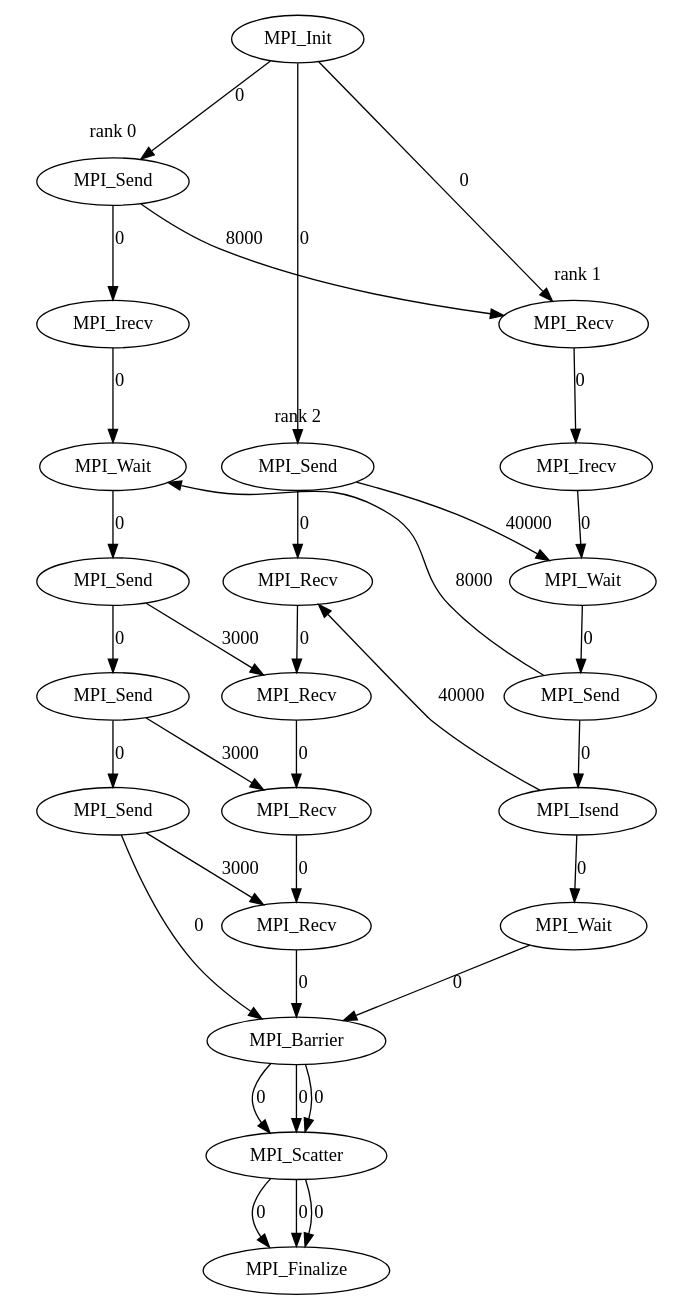
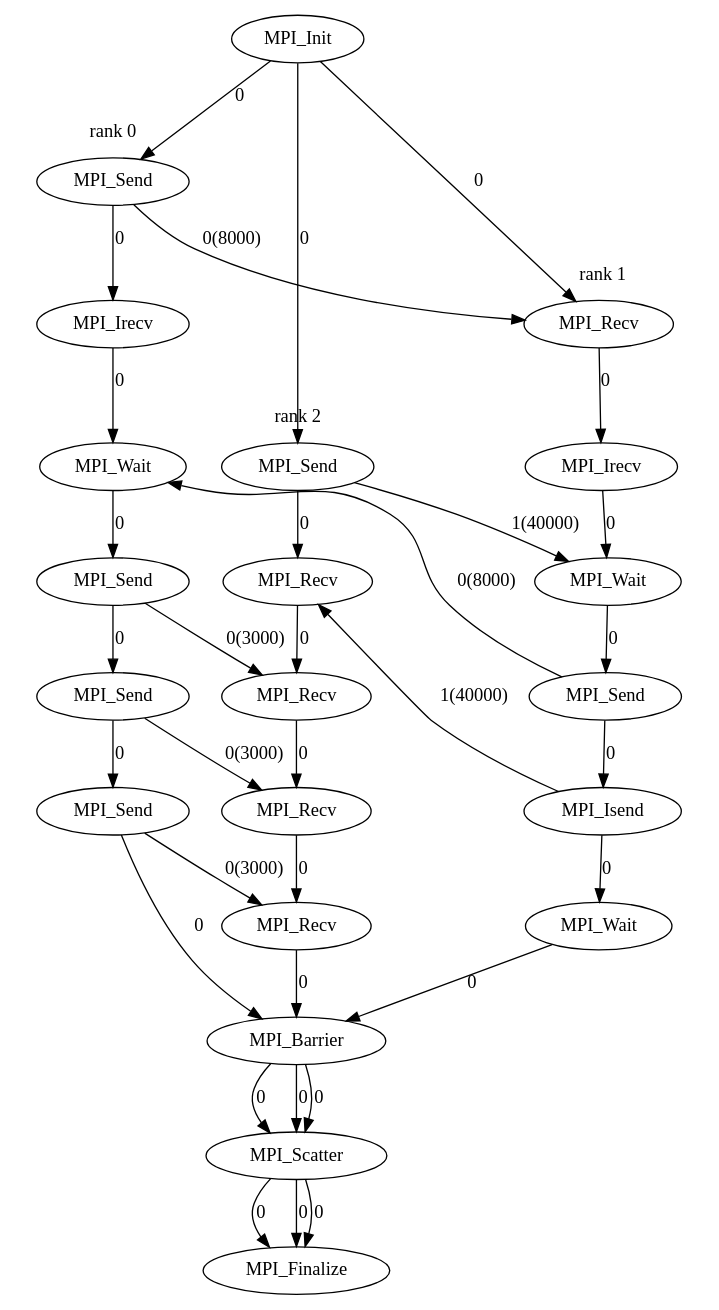
The diagram in profiler/graph.dot (imsure/mpi-profiler), drawn with Graphviz before and after one commit. The commit also changed 4 other files, not shown here.

```diff
--- a/profiler/graph.dot
+++ b/profiler/graph.dot
@@ -1,71 +1,71 @@
 digraph {
 	MPI_Init [label="MPI_Init"];
 	MPI_Send_0_0 [label="MPI_Send"];
 	MPI_Irecv_0_1 [label="MPI_Irecv"];
 	MPI_Wait_0_2 [label="MPI_Wait"];
 	MPI_Send_0_3 [label="MPI_Send"];
 	MPI_Send_0_4 [label="MPI_Send"];
 	MPI_Send_0_5 [label="MPI_Send"];
 	MPI_Barrier_0 [label="MPI_Barrier"];
 	MPI_Scatter_1 [label="MPI_Scatter"];
 	MPI_Finalize [label="MPI_Finalize"];
 	MPI_Recv_1_0 [label="MPI_Recv"];
 	MPI_Irecv_1_1 [label="MPI_Irecv"];
 	MPI_Wait_1_2 [label="MPI_Wait"];
 	MPI_Send_1_3 [label="MPI_Send"];
 	MPI_Isend_1_4 [label="MPI_Isend"];
 	MPI_Wait_1_5 [label="MPI_Wait"];
 	MPI_Send_2_0 [label="MPI_Send"];
 	MPI_Recv_2_1 [label="MPI_Recv"];
 	MPI_Recv_2_2 [label="MPI_Recv"];
 	MPI_Recv_2_3 [label="MPI_Recv"];
 	MPI_Recv_2_4 [label="MPI_Recv"];
 
 	subgraph cluster_0 {
 		label = "rank 0"
 		color = white
 		MPI_Send_0_0 -> MPI_Irecv_0_1 [label=0];
 		MPI_Irecv_0_1 -> MPI_Wait_0_2 [label=0];
 		MPI_Wait_0_2 -> MPI_Send_0_3 [label=0];
 		MPI_Send_0_3 -> MPI_Send_0_4 [label=0];
 		MPI_Send_0_4 -> MPI_Send_0_5 [label=0];
 	}
 	subgraph cluster_1 {
 		label = "rank 1"
 		color = white
 		MPI_Recv_1_0 -> MPI_Irecv_1_1 [label=0];
 		MPI_Irecv_1_1 -> MPI_Wait_1_2 [label=0];
 		MPI_Wait_1_2 -> MPI_Send_1_3 [label=0];
 		MPI_Send_1_3 -> MPI_Isend_1_4 [label=0];
 		MPI_Isend_1_4 -> MPI_Wait_1_5 [label=0];
 	}
 	subgraph cluster_2 {
 		label = "rank 2"
 		color = white
 		MPI_Send_2_0 -> MPI_Recv_2_1 [label=0];
 		MPI_Recv_2_1 -> MPI_Recv_2_2 [label=0];
 		MPI_Recv_2_2 -> MPI_Recv_2_3 [label=0];
 		MPI_Recv_2_3 -> MPI_Recv_2_4 [label=0];
 	}
 
-	MPI_Send_0_0 -> MPI_Recv_1_0 [label=8000];
-	MPI_Send_0_3 -> MPI_Recv_2_2 [label=3000];
-	MPI_Send_0_4 -> MPI_Recv_2_3 [label=3000];
-	MPI_Send_0_5 -> MPI_Recv_2_4 [label=3000];
-	MPI_Send_1_3 -> MPI_Wait_0_2 [label=8000];
-	MPI_Isend_1_4 -> MPI_Recv_2_1 [label=40000];
-	MPI_Send_2_0 -> MPI_Wait_1_2 [label=40000];
+	MPI_Send_0_0 -> MPI_Recv_1_0 [label="0(8000)"];
+	MPI_Send_0_3 -> MPI_Recv_2_2 [label="0(3000)"];
+	MPI_Send_0_4 -> MPI_Recv_2_3 [label="0(3000)"];
+	MPI_Send_0_5 -> MPI_Recv_2_4 [label="0(3000)"];
+	MPI_Send_1_3 -> MPI_Wait_0_2 [label="0(8000)"];
+	MPI_Isend_1_4 -> MPI_Recv_2_1 [label="1(40000)"];
+	MPI_Send_2_0 -> MPI_Wait_1_2 [label="1(40000)"];
 
 	MPI_Init -> MPI_Send_0_0 [label=0];
 	MPI_Send_0_5 -> MPI_Barrier_0 [label=0];
 	MPI_Barrier_0 -> MPI_Scatter_1 [label=0];
 	MPI_Scatter_1 -> MPI_Finalize [label=0];
 	MPI_Init -> MPI_Recv_1_0 [label=0];
 	MPI_Wait_1_5 -> MPI_Barrier_0 [label=0];
 	MPI_Barrier_0 -> MPI_Scatter_1 [label=0];
 	MPI_Scatter_1 -> MPI_Finalize [label=0];
 	MPI_Init -> MPI_Send_2_0 [label=0];
 	MPI_Recv_2_4 -> MPI_Barrier_0 [label=0];
 	MPI_Barrier_0 -> MPI_Scatter_1 [label=0];
 	MPI_Scatter_1 -> MPI_Finalize [label=0];
 }
```
